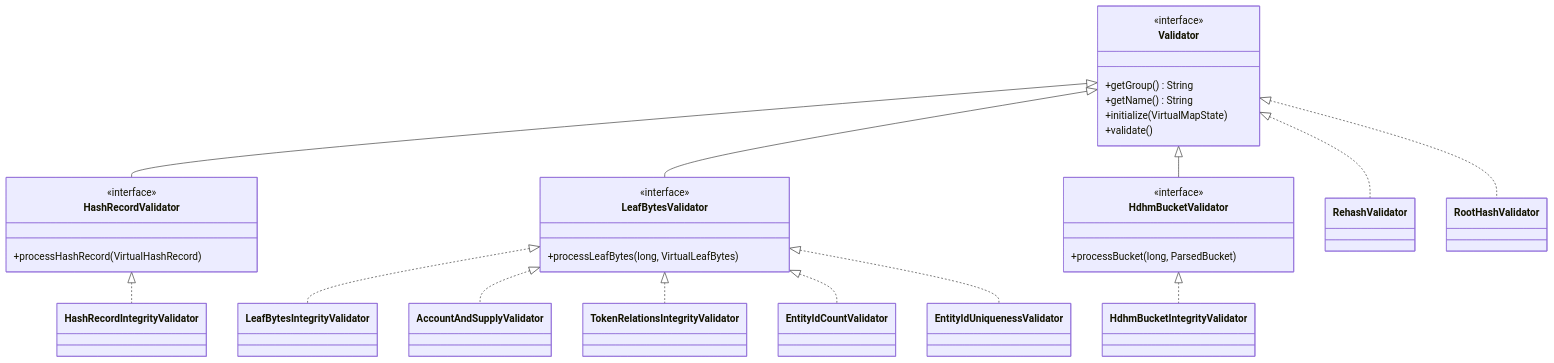
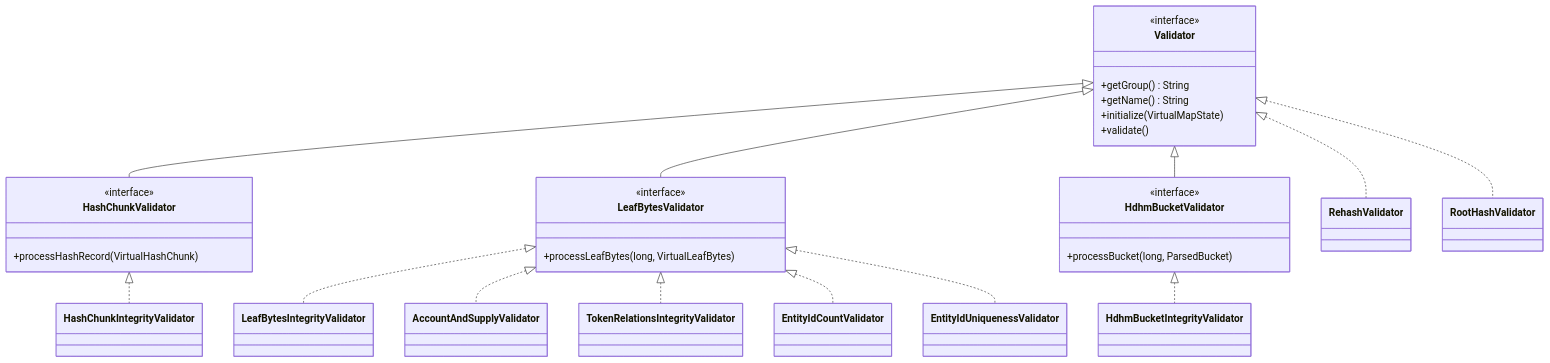
The second of 2 diagrams in hedera-state-validator/README.md (hiero-ledger/hiero-consensus-node), drawn with Mermaid before and after one commit. The commit also changed other lines of this file and 8 other files, not shown here.

````diff
--- a/hedera-state-validator/README.md
+++ b/hedera-state-validator/README.md
@@ -101,39 +101,39 @@
 ```mermaid
 classDiagram
     class Validator {
         <<interface>>
         +getGroup() String
         +getName() String
         +initialize(VirtualMapState)
         +validate()
     }
 
-    class HashRecordValidator {
+    class HashChunkValidator {
         <<interface>>
-        +processHashRecord(VirtualHashRecord)
+        +processHashRecord(VirtualHashChunk)
     }
 
     class LeafBytesValidator {
         <<interface>>
         +processLeafBytes(long, VirtualLeafBytes)
     }
 
     class HdhmBucketValidator {
         <<interface>>
         +processBucket(long, ParsedBucket)
     }
 
-    Validator <|-- HashRecordValidator
+    Validator <|-- HashChunkValidator
     Validator <|-- LeafBytesValidator
     Validator <|-- HdhmBucketValidator
 
-    HashRecordValidator <|.. HashRecordIntegrityValidator
+    HashChunkValidator <|.. HashChunkIntegrityValidator
     LeafBytesValidator <|.. LeafBytesIntegrityValidator
     LeafBytesValidator <|.. AccountAndSupplyValidator
     LeafBytesValidator <|.. TokenRelationsIntegrityValidator
     LeafBytesValidator <|.. EntityIdCountValidator
     LeafBytesValidator <|.. EntityIdUniquenessValidator
     HdhmBucketValidator <|.. HdhmBucketIntegrityValidator
     Validator <|.. RehashValidator
     Validator <|.. RootHashValidator
 ```
````
